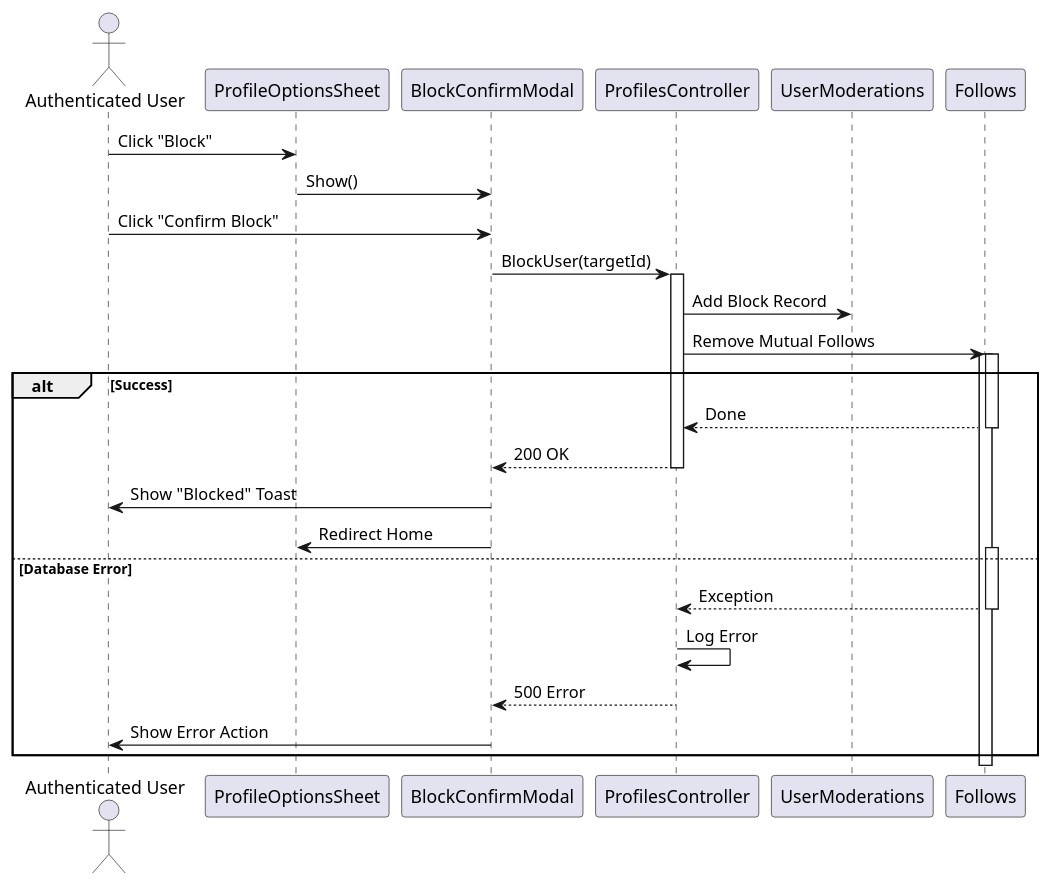
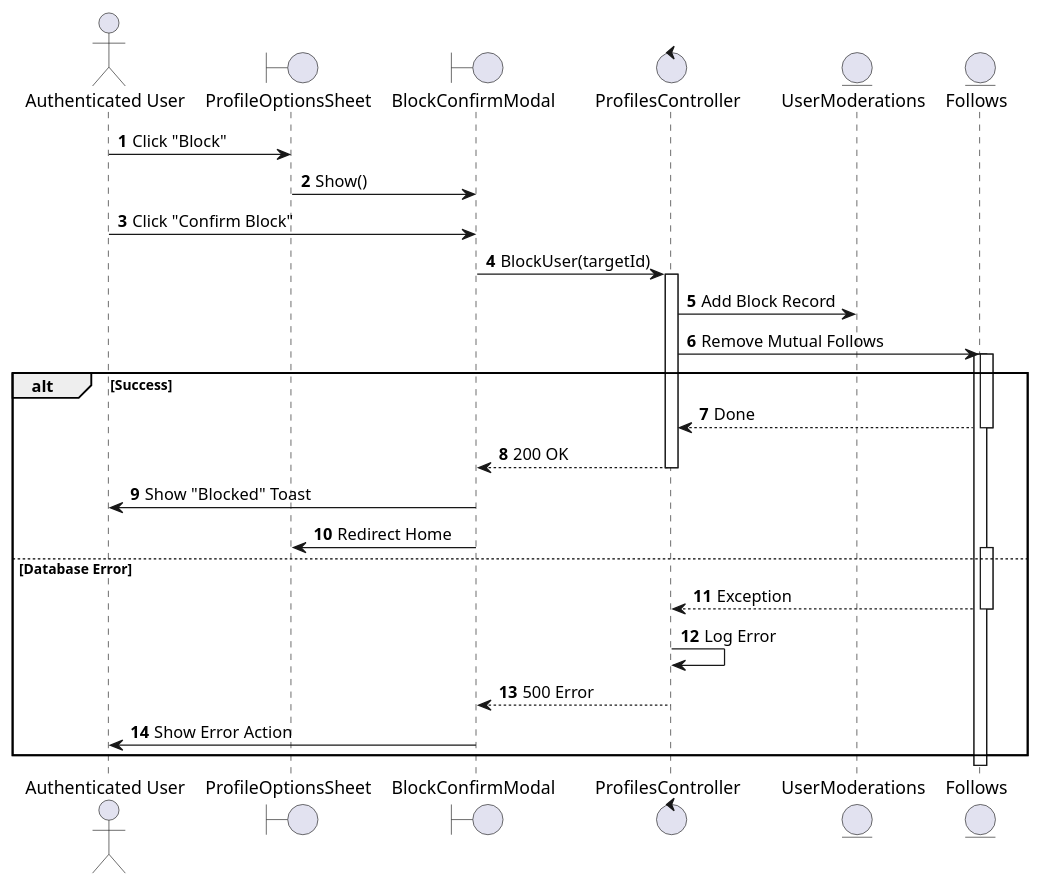
One commit to I-Love-U-3000/Favi-BE changed the tenth of 14 diagrams in UC_2.1.6_Adjust_Friend.md. Above: the diagram before and after it, drawn with PlantUML. The commit also changed other lines of this file and 36 other files, not shown here.

````diff
--- a/UC_2.1.6_Adjust_Friend.md
+++ b/UC_2.1.6_Adjust_Friend.md
@@ -485,36 +420,37 @@
 ```plantuml
 @startuml
+autonumber
 actor "Authenticated User" as User
-participant "ProfileOptionsSheet" as View
-participant "BlockConfirmModal" as Modal
-participant "ProfilesController" as Controller
-participant "UserModerations" as DB_Mod
-participant "Follows" as DB_Follow
+boundary "ProfileOptionsSheet" as View
+boundary "BlockConfirmModal" as Modal
+control "ProfilesController" as Controller
+entity "UserModerations" as DB_Mod
+entity "Follows" as DB_Follow
 
 User -> View: Click "Block"
 View -> Modal: Show()
 User -> Modal: Click "Confirm Block"
 Modal -> Controller: BlockUser(targetId)
 activate Controller
 Controller -> DB_Mod: Add Block Record
 Controller -> DB_Follow: Remove Mutual Follows
 activate DB_Follow
 activate DB_Follow
 alt Success
     DB_Follow --> Controller: Done
     deactivate DB_Follow
     Controller --> Modal: 200 OK
     deactivate Controller
     Modal -> User: Show "Blocked" Toast
     Modal -> View: Redirect Home
 else Database Error
     activate DB_Follow
     DB_Follow --> Controller: Exception
     deactivate DB_Follow
     Controller -> Controller: Log Error
     Controller --> Modal: 500 Error
     deactivate Controller
     Modal -> User: Show Error Action
 end
 @enduml
 ```
````
